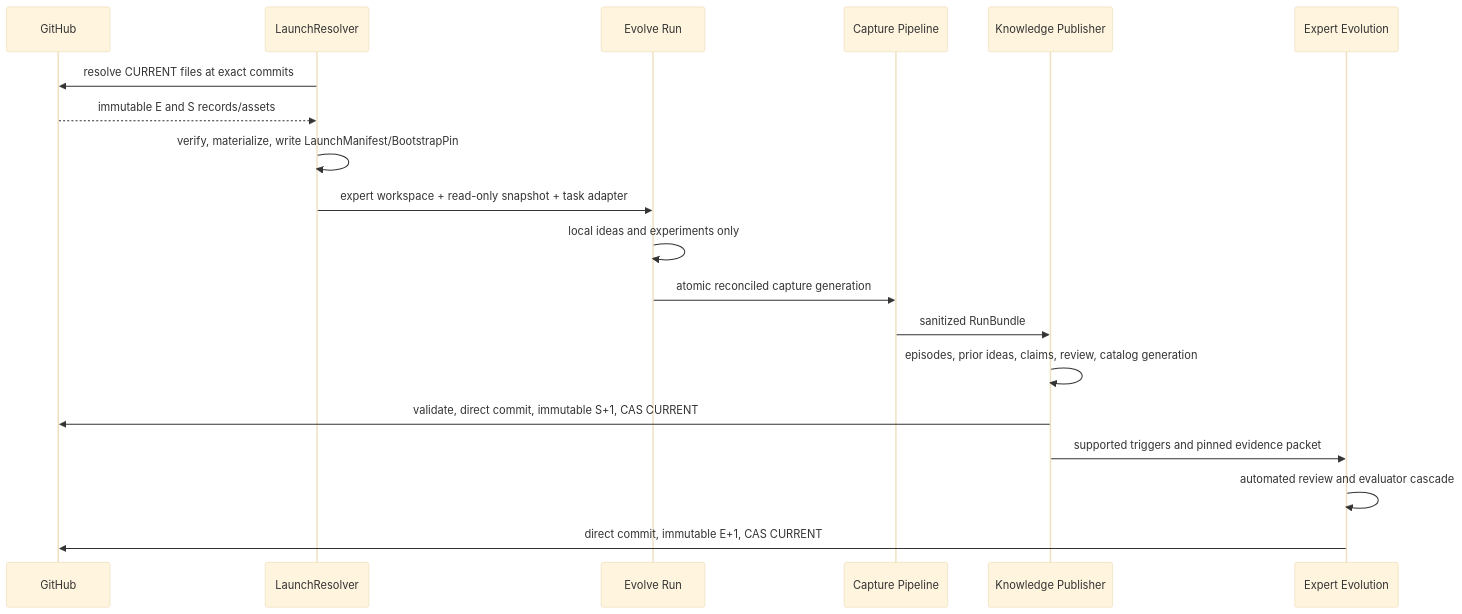
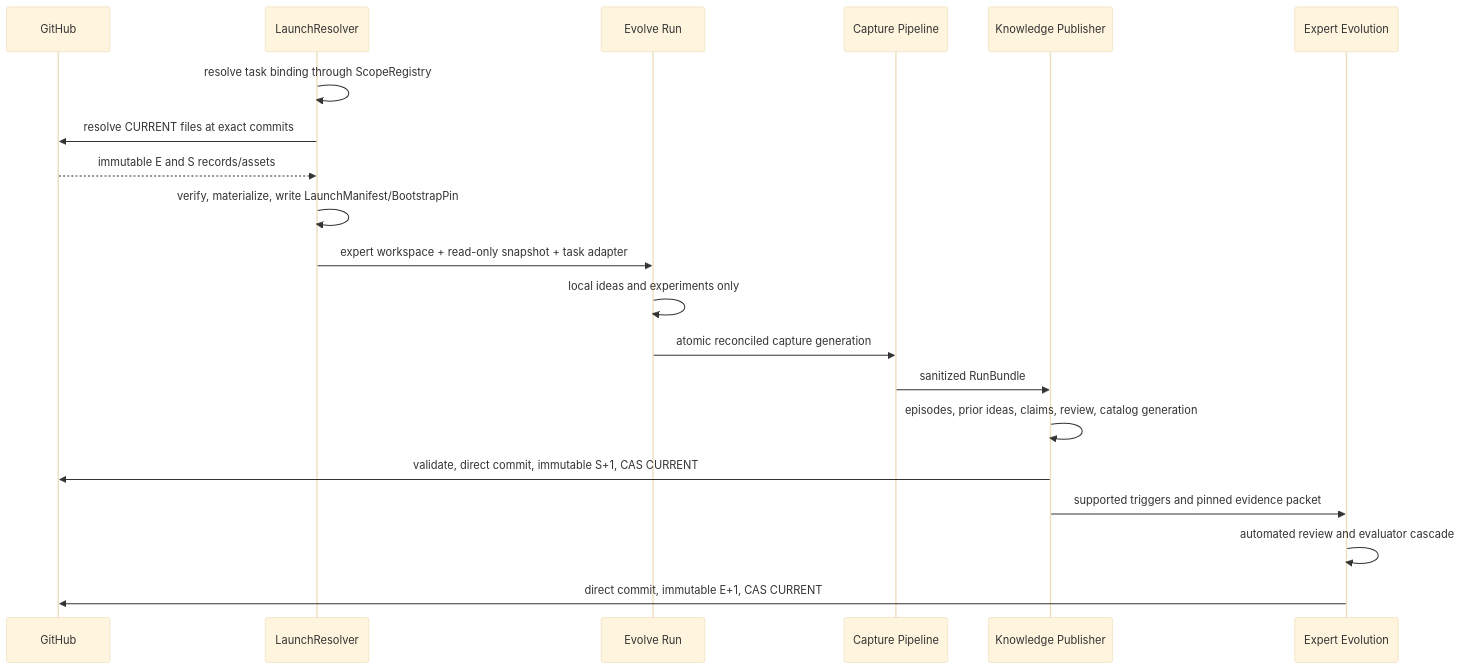
One commit to Leeroo-AI/kapso changed the second of 2 diagrams in docs/research/cross-run-knowledge-implementation/00-orchestrator-plan.md. Above: the diagram before and after it, drawn with Mermaid (base theme). The commit also changed other lines of this file and 5 other files, not shown here.

First line of the commit message:
docs: define scope repository registry

````diff
--- a/docs/research/cross-run-knowledge-implementation/00-orchestrator-plan.md
+++ b/docs/research/cross-run-knowledge-implementation/00-orchestrator-plan.md
@@ -396,22 +403,23 @@
 ```mermaid
 sequenceDiagram
     participant G as GitHub
     participant L as LaunchResolver
     participant E as Evolve Run
     participant C as Capture Pipeline
     participant K as Knowledge Publisher
     participant X as Expert Evolution
 
+    L->>L: resolve task binding through ScopeRegistry
     L->>G: resolve CURRENT files at exact commits
     G-->>L: immutable E and S records/assets
     L->>L: verify, materialize, write LaunchManifest/BootstrapPin
     L->>E: expert workspace + read-only snapshot + task adapter
     E->>E: local ideas and experiments only
     E->>C: atomic reconciled capture generation
     C->>K: sanitized RunBundle
     K->>K: episodes, prior ideas, claims, review, catalog generation
     K->>G: validate, direct commit, immutable S+1, CAS CURRENT
     K->>X: supported triggers and pinned evidence packet
     X->>X: automated review and evaluator cascade
     X->>G: direct commit, immutable E+1, CAS CURRENT
 ```
````
